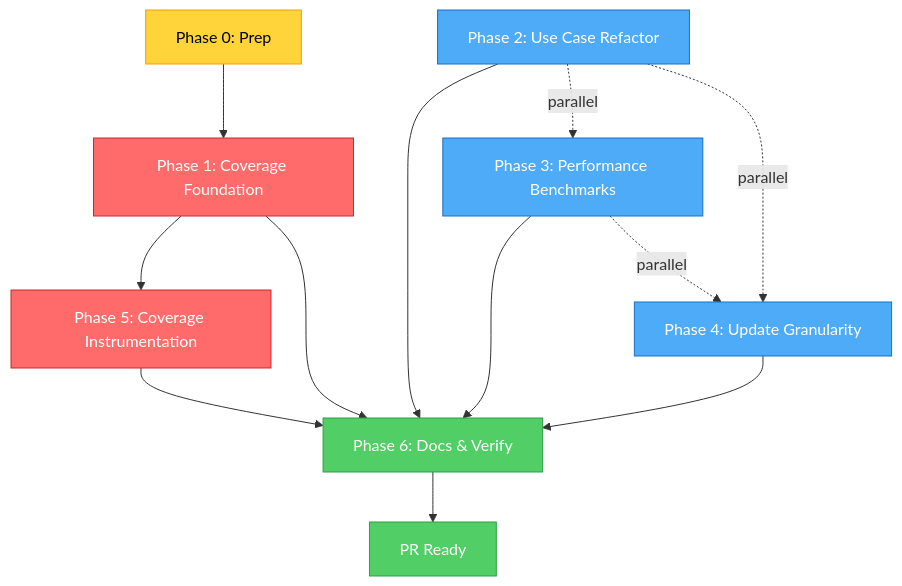
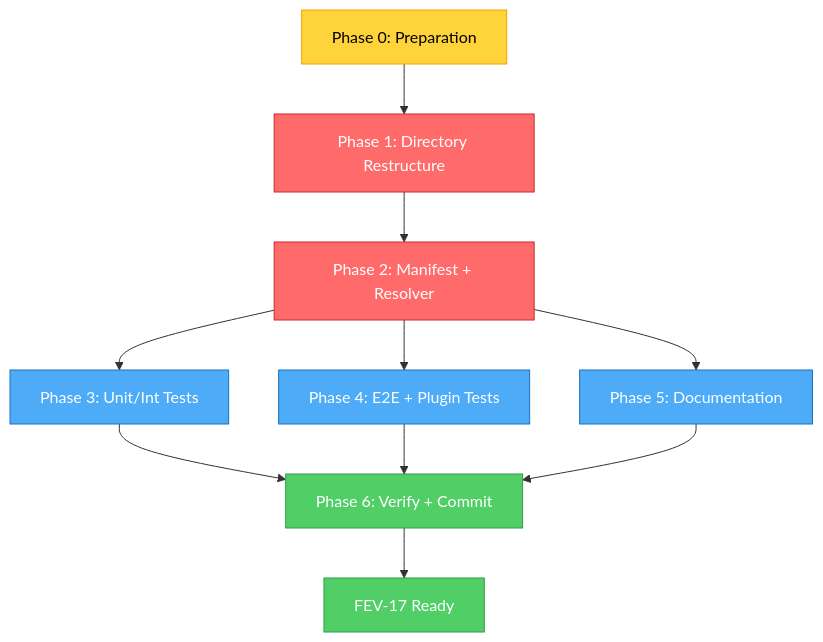
One commit to Fisherk2/codice-opencode changed the first of 2 diagrams in tasks/plan.md. Above: the diagram before and after it, drawn with Mermaid. The commit also changed other lines of this file and 1 other file, not shown here.

First line of the commit message:
docs(tasks): add FEV-17 implementation plan and todo list

````diff
--- a/tasks/plan.md
+++ b/tasks/plan.md
@@ -114,27 +69,22 @@
 ```mermaid
 graph TD
-    P0[Phase 0: Prep] --> P1[Phase 1: Coverage Foundation]
-    P1 --> P5[Phase 5: Coverage Instrumentation]
-    P1 --> P6[Phase 6: Docs & Verify]
-    
-    P2[Phase 2: Use Case Refactor] --> P6
-    P3[Phase 3: Performance Benchmarks] --> P6
-    P4[Phase 4: Update Granularity] --> P6
-    
+    P0[Phase 0: Preparation] --> P1[Phase 1: Directory Restructure]
+    P1 --> P2[Phase 2: Manifest + Resolver]
+    P2 --> P3[Phase 3: Unit/Int Tests]
+    P2 --> P4[Phase 4: E2E + Plugin Tests]
+    P2 --> P5[Phase 5: Documentation]
+    P3 --> P6[Phase 6: Verify + Commit]
+    P4 --> P6
     P5 --> P6
-    P2 -.->|parallel| P3
-    P2 -.->|parallel| P4
-    P3 -.->|parallel| P4
-    
-    P6 --> DONE[PR Ready]
-    
+    P6 --> DONE[FEV-17 Ready]
+
     classDef crit fill:#ff6b6b,stroke:#c92a2a,color:#fff
     classDef gate fill:#51cf66,stroke:#2f9e44,color:#fff
     classDef par fill:#4dabf7,stroke:#1971c2,color:#fff
     classDef seq fill:#ffd43b,stroke:#f59f00,color:#000
-    
-    class P1,P5 crit
+
+    class P1,P2 crit
     class P6,DONE gate
-    class P2,P3,P4 par
+    class P3,P4,P5 par
     class P0 seq
 ```
````
